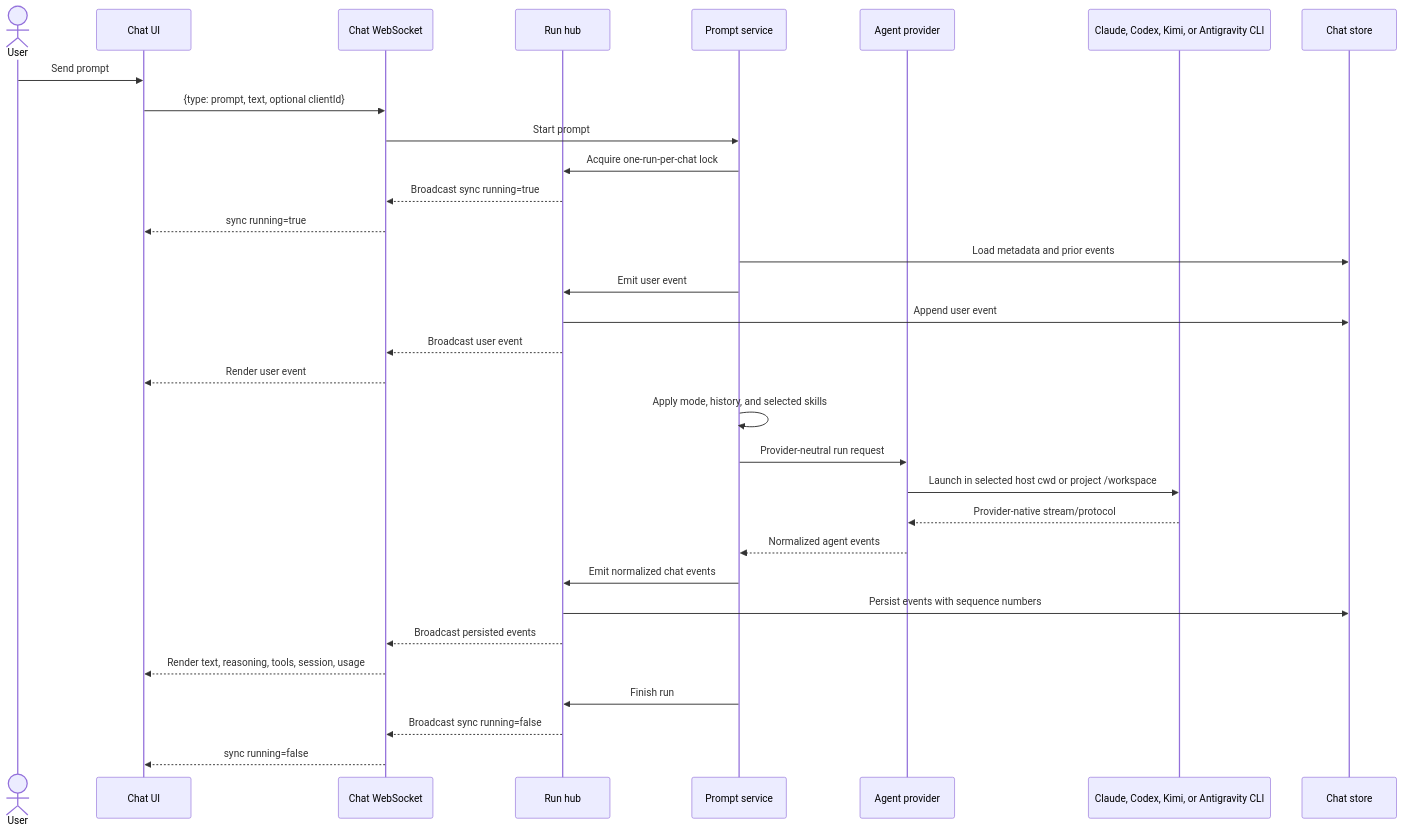
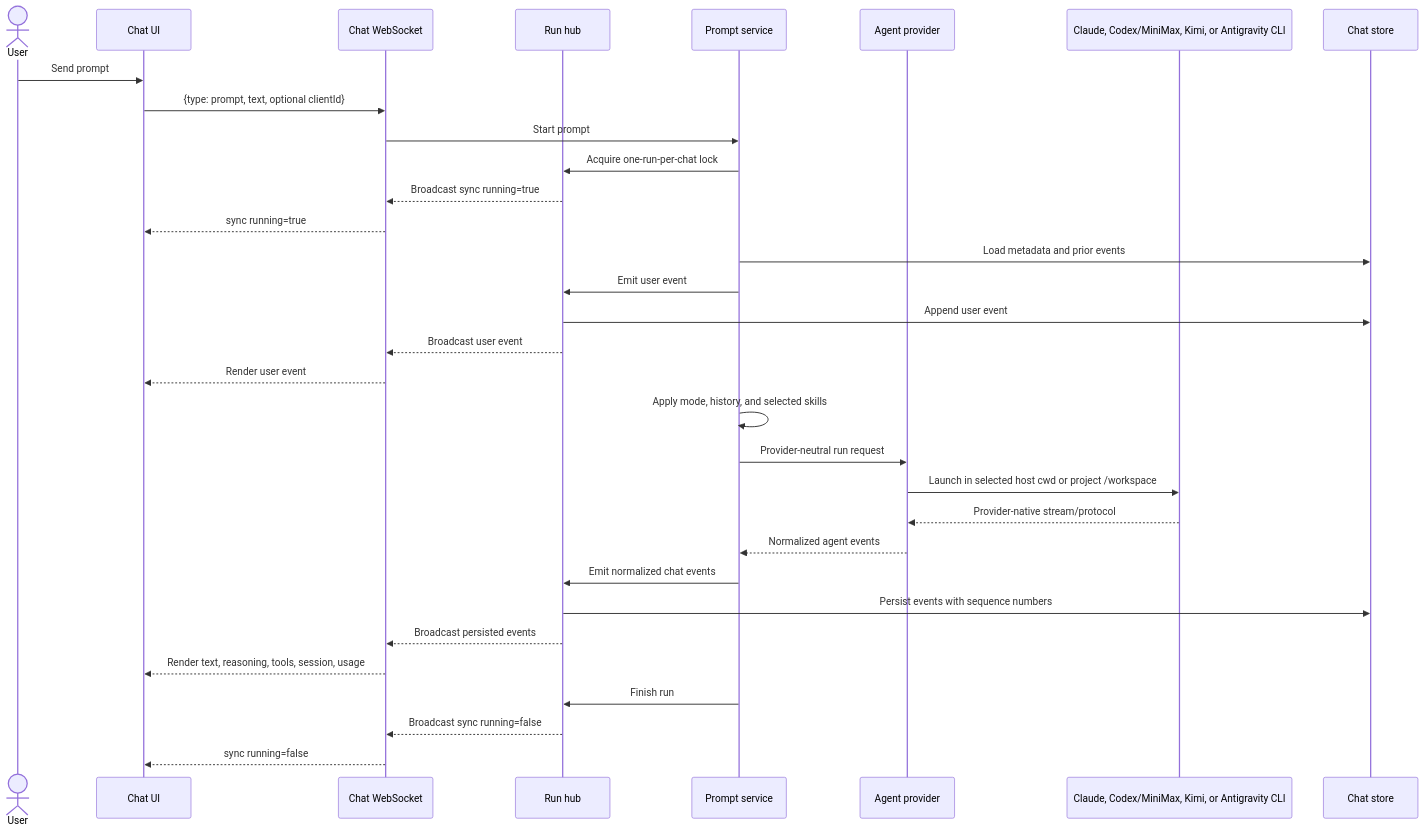
One commit to AbdallahMohamedDotnet/remote.futrx changed the second of 5 diagrams in docs/02-workspaces/04-chat-and-agents.md. Above: the diagram before and after it, drawn with Mermaid. The commit also changed other lines of this file and 45 other files, not shown here.

````diff
--- a/docs/02-workspaces/04-chat-and-agents.md
+++ b/docs/02-workspaces/04-chat-and-agents.md
@@ -25,35 +25,35 @@
 ```mermaid
 sequenceDiagram
     actor User
     participant UI as Chat UI
     participant WS as Chat WebSocket
     participant Hub as Run hub
     participant Prompt as Prompt service
     participant Provider as Agent provider
-    participant CLI as Claude, Codex, Kimi, or Antigravity CLI
+    participant CLI as Claude, Codex/MiniMax, Kimi, or Antigravity CLI
     participant Store as Chat store
 
     User->>UI: Send prompt
     UI->>WS: {type: prompt, text, optional clientId}
     WS->>Prompt: Start prompt
     Prompt->>Hub: Acquire one-run-per-chat lock
     Hub-->>WS: Broadcast sync running=true
     WS-->>UI: sync running=true
     Prompt->>Store: Load metadata and prior events
     Prompt->>Hub: Emit user event
     Hub->>Store: Append user event
     Hub-->>WS: Broadcast user event
     WS-->>UI: Render user event
     Prompt->>Prompt: Apply mode, history, and selected skills
     Prompt->>Provider: Provider-neutral run request
     Provider->>CLI: Launch in selected host cwd or project /workspace
     CLI-->>Provider: Provider-native stream/protocol
     Provider-->>Prompt: Normalized agent events
     Prompt->>Hub: Emit normalized chat events
     Hub->>Store: Persist events with sequence numbers
     Hub-->>WS: Broadcast persisted events
     WS-->>UI: Render text, reasoning, tools, session, usage
     Prompt->>Hub: Finish run
     Hub-->>WS: Broadcast sync running=false
     WS-->>UI: sync running=false
 ```
````
